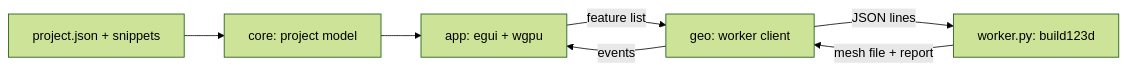
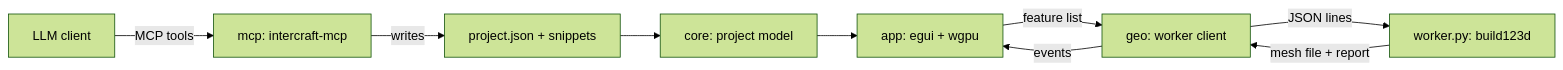
Before and after one commit to alaskai/InterCraft: the diagram in README.md, drawn with Mermaid (forest theme). The commit also changed other lines of this file, not shown here.

Commit message:
docs: describe the MCP server and its tools

````diff
--- a/README.md
+++ b/README.md
@@ -74,9 +96,11 @@
 ```mermaid
 flowchart LR
     F[project.json + snippets] --> C[core: project model]
     C --> A[app: egui + wgpu]
     A -- feature list --> G[geo: worker client]
     G -- JSON lines --> W[worker.py: build123d]
     W -- mesh file + report --> G
     G -- events --> A
+    L[LLM client] -- MCP tools --> M[mcp: intercraft-mcp]
+    M -- writes --> F
 ```
````
